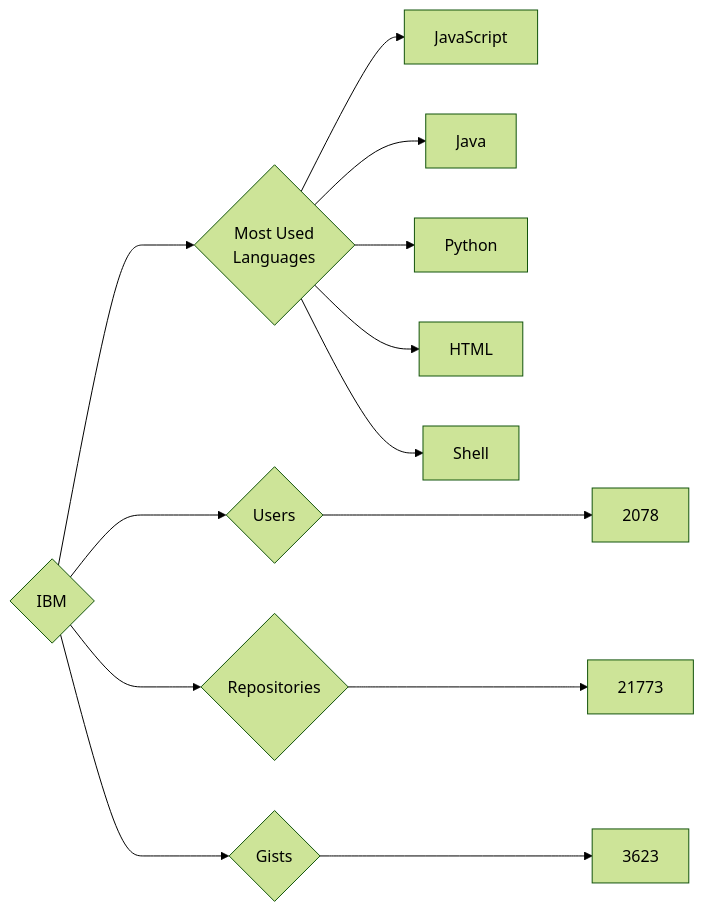
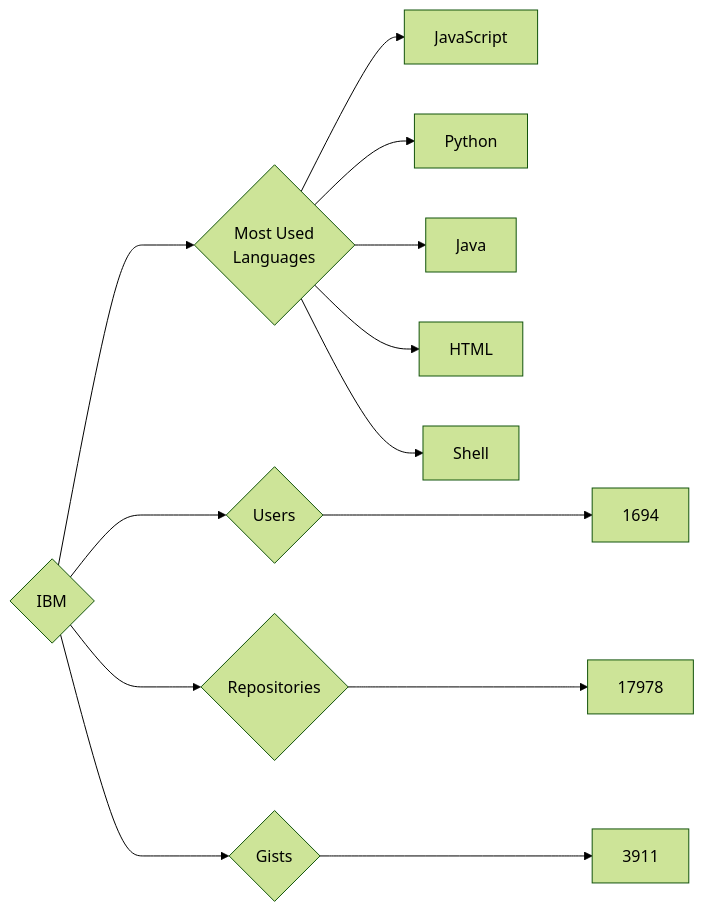
One commit to trickest/insiders changed the diagram in targets/IBM/README.md. Above: the diagram before and after it, drawn with Mermaid (forest theme). The commit also changed 823 other files, not shown here.

````diff
--- a/targets/IBM/README.md
+++ b/targets/IBM/README.md
@@ -3,13 +3,13 @@
 ```mermaid
 graph LR
 COMPANY_NAME{IBM}
-COMPANY_NAME ---> U{Users} ---> UN[2078]
-COMPANY_NAME ---> R{Repositories} ---> RN[21773]
-COMPANY_NAME ---> G{Gists} ---> GN[3623]
+COMPANY_NAME ---> U{Users} ---> UN[1694]
+COMPANY_NAME ---> R{Repositories} ---> RN[17978]
+COMPANY_NAME ---> G{Gists} ---> GN[3911]
 COMPANY_NAME ---> ML{Most Used<br>Languages}
 ML --> JavaScript[JavaScript]
+ML --> Python[Python]
 ML --> Java[Java]
-ML --> Python[Python]
 ML --> HTML[HTML]
 ML --> Shell[Shell]
 ```
````
